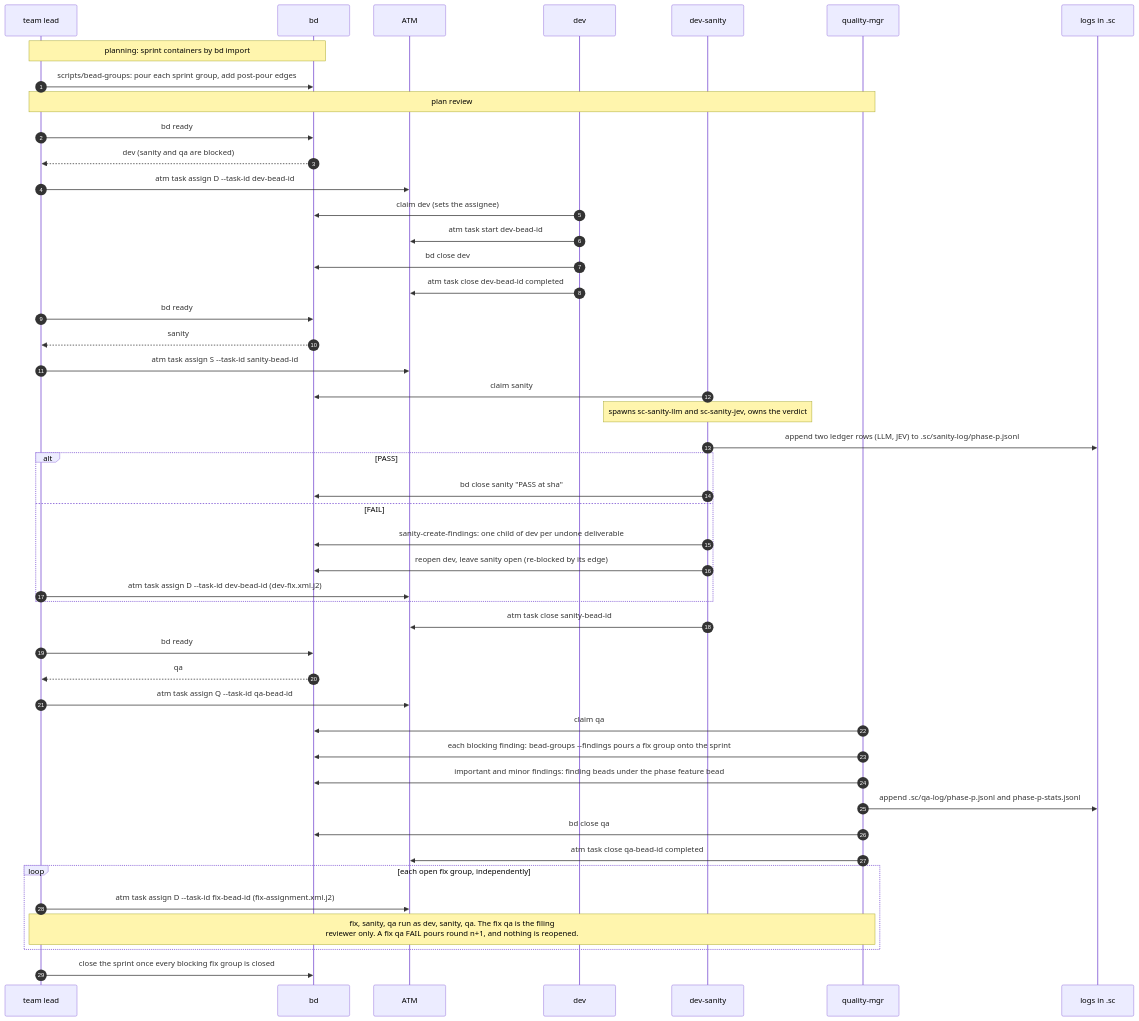
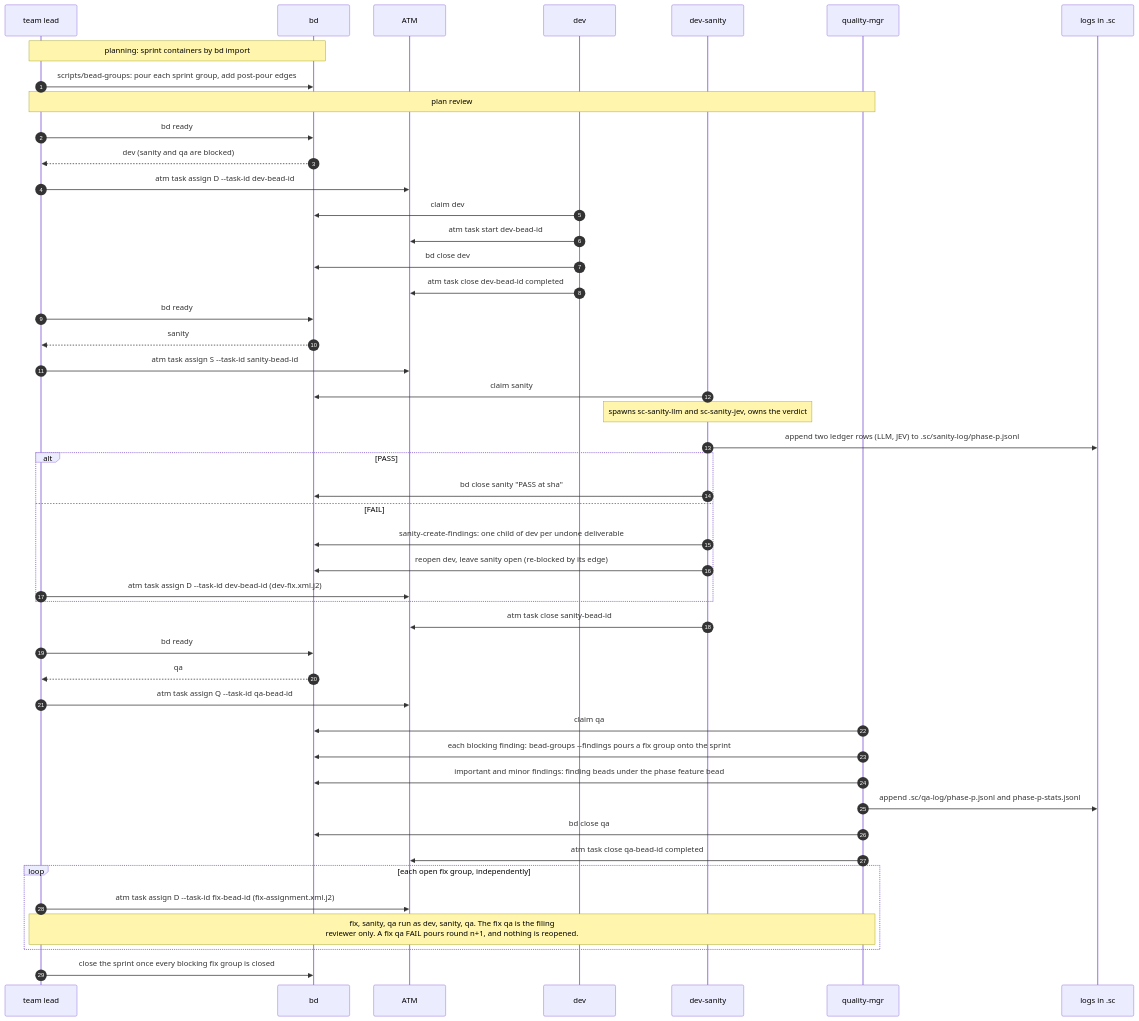
The diagram in docs/diagrams/lifecycle.md (randlee/atm-bd-orchestration), drawn with Mermaid before and after one commit. The commit also changed 4 other files, not shown here.

Commit message:
docs(diagrams): match the top of the stack

````diff
--- a/docs/diagrams/lifecycle.md
+++ b/docs/diagrams/lifecycle.md
@@ -3,50 +3,50 @@
 ```mermaid
 sequenceDiagram
   autonumber
   participant L as team lead
   participant B as bd
   participant A as ATM
   participant D as dev
   participant S as dev-sanity
   participant Q as quality-mgr
   participant G as logs in .sc
 
   Note over L,B: planning: sprint containers by bd import
   L->>B: scripts/bead-groups: pour each sprint group, add post-pour edges
   Note over L,Q: plan review
   L->>B: bd ready
   B-->>L: dev (sanity and qa are blocked)
   L->>A: atm task assign D --task-id dev-bead-id
-  D->>B: claim dev (sets the assignee)
+  D->>B: claim dev
   D->>A: atm task start dev-bead-id
   D->>B: bd close dev
   D->>A: atm task close dev-bead-id completed
   L->>B: bd ready
   B-->>L: sanity
   L->>A: atm task assign S --task-id sanity-bead-id
   S->>B: claim sanity
   Note over S: spawns sc-sanity-llm and sc-sanity-jev, owns the verdict
   S->>G: append two ledger rows (LLM, JEV) to .sc/sanity-log/phase-p.jsonl
   alt PASS
     S->>B: bd close sanity "PASS at sha"
   else FAIL
     S->>B: sanity-create-findings: one child of dev per undone deliverable
     S->>B: reopen dev, leave sanity open (re-blocked by its edge)
     L->>A: atm task assign D --task-id dev-bead-id (dev-fix.xml.j2)
   end
   S->>A: atm task close sanity-bead-id
   L->>B: bd ready
   B-->>L: qa
   L->>A: atm task assign Q --task-id qa-bead-id
   Q->>B: claim qa
   Q->>B: each blocking finding: bead-groups --findings pours a fix group onto the sprint
   Q->>B: important and minor findings: finding beads under the phase feature bead
   Q->>G: append .sc/qa-log/phase-p.jsonl and phase-p-stats.jsonl
   Q->>B: bd close qa
   Q->>A: atm task close qa-bead-id completed
   loop each open fix group, independently
     L->>A: atm task assign D --task-id fix-bead-id (fix-assignment.xml.j2)
     Note over L,Q: fix, sanity, qa run as dev, sanity, qa. The fix qa is the filing<br/>reviewer only. A fix qa FAIL pours round n+1, and nothing is reopened.
   end
   L->>B: close the sprint once every blocking fix group is closed
 ```
````
